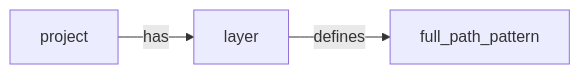
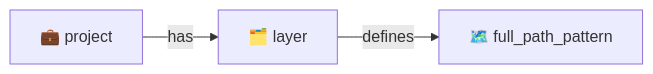
Before and after one commit to ThanuMahee12/AgentContext: diagram 15 of 22 in docs/brainstorms/investigation-db.md, drawn with Mermaid. The commit also changed other lines of this file, not shown here.

Commit message:
docs: use Unicode emojis for mermaid diagram support

````diff
--- a/docs/brainstorms/investigation-db.md
+++ b/docs/brainstorms/investigation-db.md
@@ -423,5 +423,5 @@
 ```mermaid
 flowchart LR
-    P["project"] -->|has| L["layer"]
-    L -->|defines| FPP["full_path_pattern"]
+    P["💼 project"] -->|has| L["🗂️ layer"]
+    L -->|defines| FPP["🗺️ full_path_pattern"]
 ```
````
